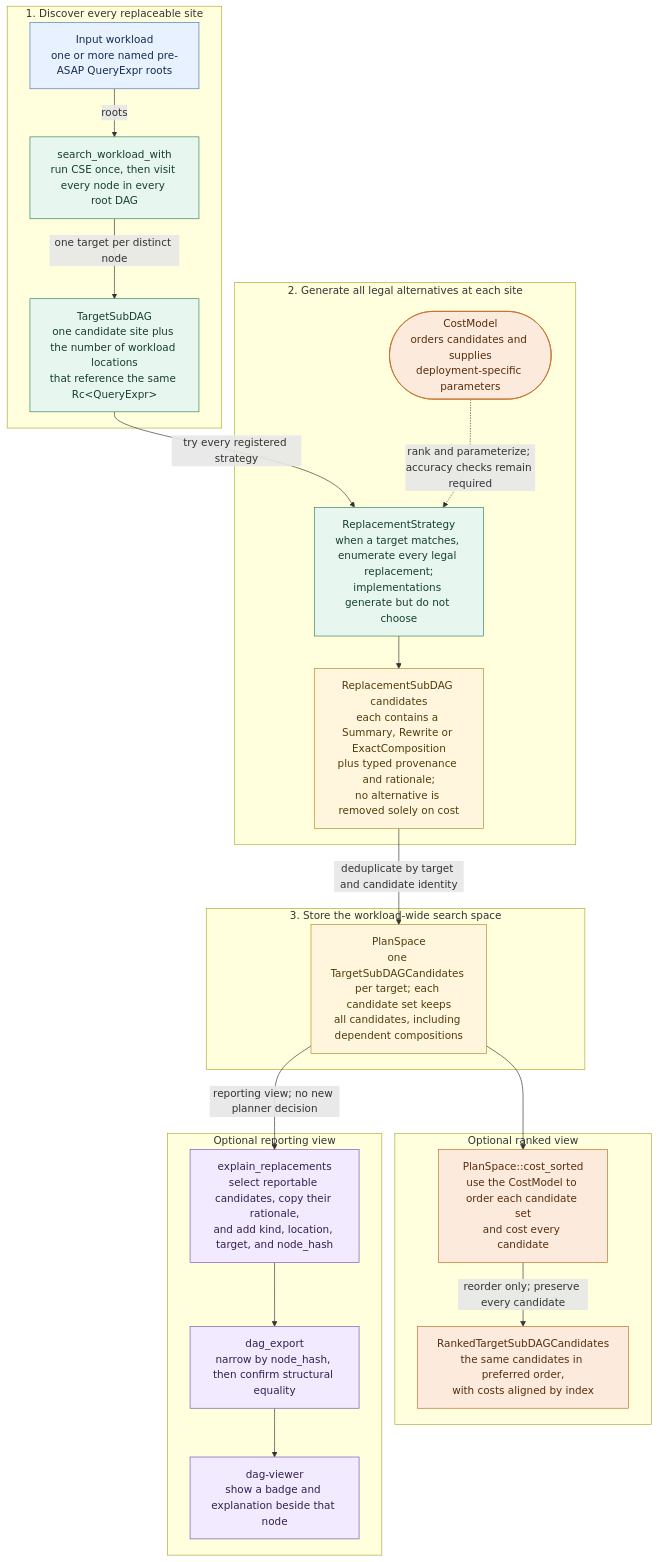
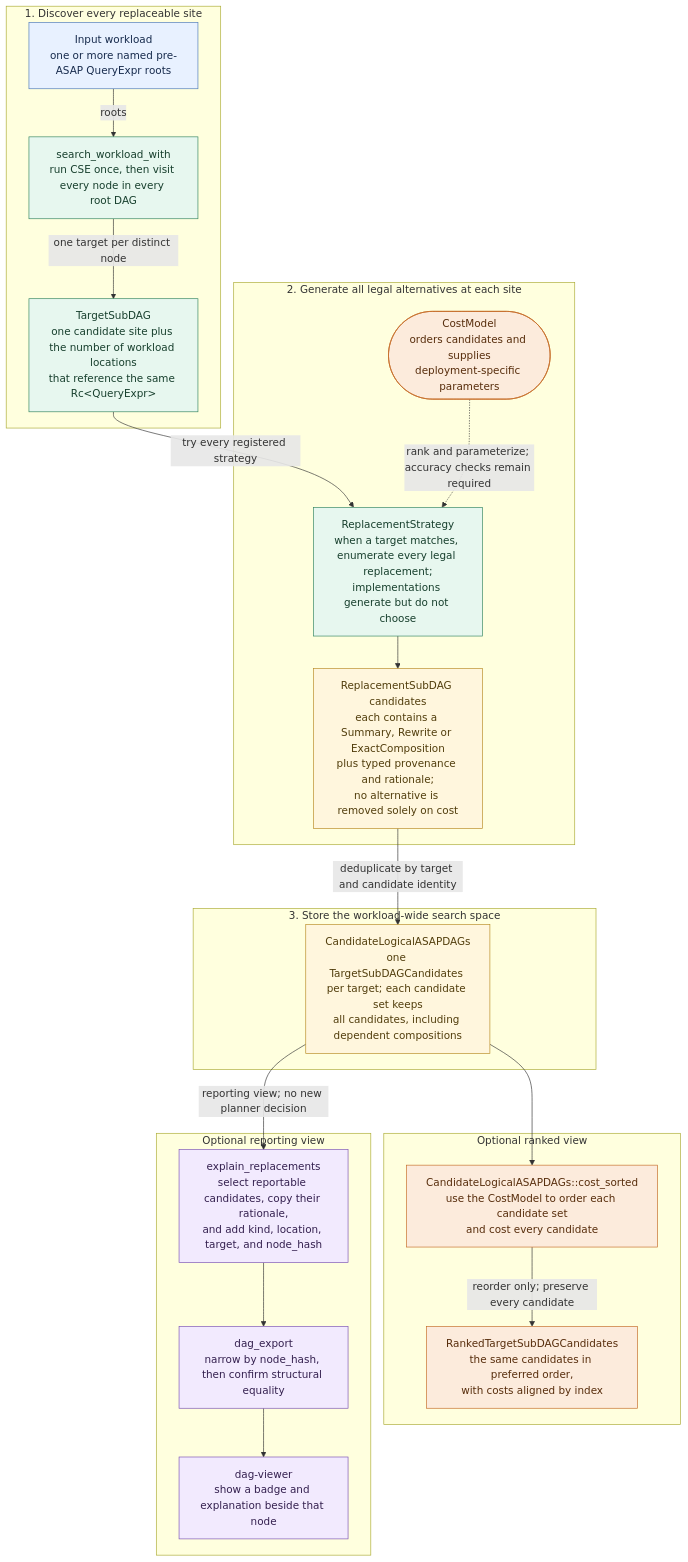
Before and after one commit to ProjectASAP/ASAPPlanner: the first of 2 diagrams in docs/develop_docs/asap-aware-mapping-architecture.md, drawn with Mermaid. The commit also changed other lines of this file and 42 other files, not shown here.

````diff
--- a/docs/develop_docs/asap-aware-mapping-architecture.md
+++ b/docs/develop_docs/asap-aware-mapping-architecture.md
@@ -80,41 +80,41 @@
 ```mermaid
 flowchart TB
   classDef input fill:#e8f1ff,stroke:#4b78b8,color:#172b4d
   classDef generate fill:#e7f7ef,stroke:#31835e,color:#173f2d
   classDef store fill:#fff6dd,stroke:#b78922,color:#513d0c
   classDef choose fill:#fcebdc,stroke:#c46a25,color:#572d0c
   classDef report fill:#f2eafe,stroke:#7950b3,color:#34204f
 
   subgraph DISCOVERY[1. Discover every replaceable site]
     WL["Input workload<br/>one or more named pre-ASAP QueryExpr roots"]:::input
     SEARCH["search_workload_with<br/>run CSE once, then visit every node in every root DAG"]:::generate
     TARGET["TargetSubDAG<br/>one candidate site plus the number of workload locations<br/>that reference the same Rc&lt;QueryExpr&gt;"]:::generate
     WL -->|"roots"| SEARCH -->|"one target per distinct node"| TARGET
   end
 
   subgraph GENERATION[2. Generate all legal alternatives at each site]
     STRATEGY["ReplacementStrategy<br/>when a target matches, enumerate every legal replacement;<br/>implementations generate but do not choose"]:::generate
     CAND["ReplacementSubDAG candidates<br/>each contains a Summary, Rewrite or ExactComposition<br/>plus typed provenance and rationale;<br/>no alternative is removed solely on cost"]:::store
     TARGET -->|"try every registered strategy"| STRATEGY --> CAND
     CM(["CostModel<br/>orders candidates and supplies<br/>deployment-specific parameters"]):::choose
     CM -. "rank and parameterize; accuracy checks remain required" .-> STRATEGY
   end
 
   subgraph SEARCHSPACE[3. Store the workload-wide search space]
-    SPACE["PlanSpace<br/>one TargetSubDAGCandidates per target; each candidate set keeps<br/>all candidates, including dependent compositions"]:::store
+    SPACE["CandidateLogicalASAPDAGs<br/>one TargetSubDAGCandidates per target; each candidate set keeps<br/>all candidates, including dependent compositions"]:::store
     CAND -->|"deduplicate by target and candidate identity"| SPACE
   end
 
   subgraph RANKING[Optional ranked view]
-    SORT["PlanSpace::cost_sorted<br/>use the CostModel to order each candidate set<br/>and cost every candidate"]:::choose
+    SORT["CandidateLogicalASAPDAGs::cost_sorted<br/>use the CostModel to order each candidate set<br/>and cost every candidate"]:::choose
     RANKED["RankedTargetSubDAGCandidates<br/>the same candidates in preferred order,<br/>with costs aligned by index"]:::choose
     SPACE --> SORT -->|"reorder only; preserve every candidate"| RANKED
   end
 
   subgraph REPORTING[Optional reporting view]
     EXPLAIN["explain_replacements<br/>select reportable candidates, copy their rationale,<br/>and add kind, location, target, and node_hash"]:::report
     EXPORT["dag_export<br/>narrow by node_hash, then confirm structural equality"]:::report
     VIEWER["dag-viewer<br/>show a badge and explanation beside that node"]:::report
     SPACE -->|"reporting view; no new planner decision"| EXPLAIN --> EXPORT --> VIEWER
   end
 ```
````
